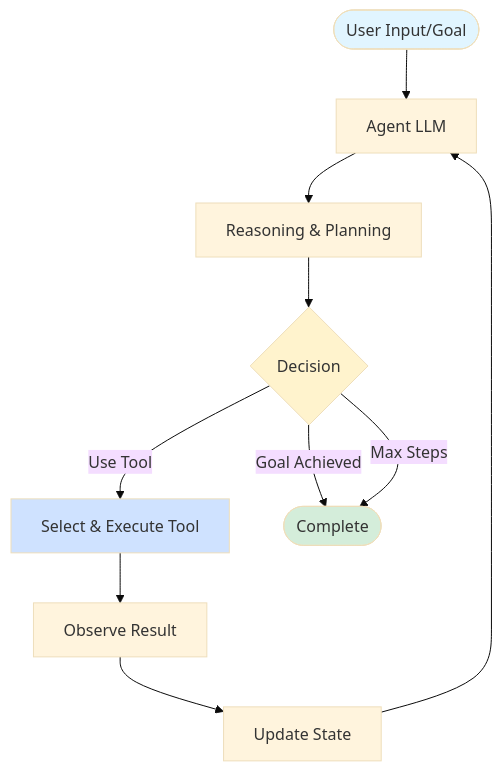
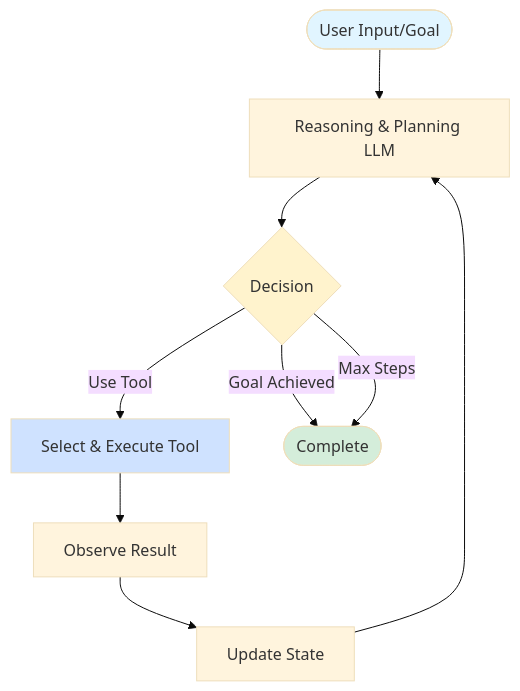
One commit to diagrid-labs/dapr-reliable-agentic-systems changed the diagram in .demo/slides/12-autonomous-agent/12-02-diagram.md. Above: the diagram before and after it, drawn with Mermaid (base theme). The commit also changed 22 other files, not shown here.

````diff
--- a/.demo/slides/12-autonomous-agent/12-02-diagram.md
+++ b/.demo/slides/12-autonomous-agent/12-02-diagram.md
@@ -8,17 +8,16 @@
 ```mermaid
 graph TD
-    Start([User Input/Goal]) --> A1[Agent LLM]
-    A1 --> A2[Reasoning & Planning]
-    A2 --> Gate{Decision}
+    Start([User Input/Goal]) --> A1[Reasoning & Planning LLM]
+    A1 --> Gate{Decision}
     Gate -->|Use Tool| A3[Select & Execute Tool]
     Gate -->|Goal Achieved| End([Complete])
     Gate -->|Max Steps| End
     A3 --> A4[Observe Result]
     A4 --> A5[Update State]
     A5 --> A1
     
     style Start fill:#e1f5ff
     style Gate fill:#fff3cd
     style A3 fill:#cfe2ff
     style End fill:#d4edda
 ```
````
